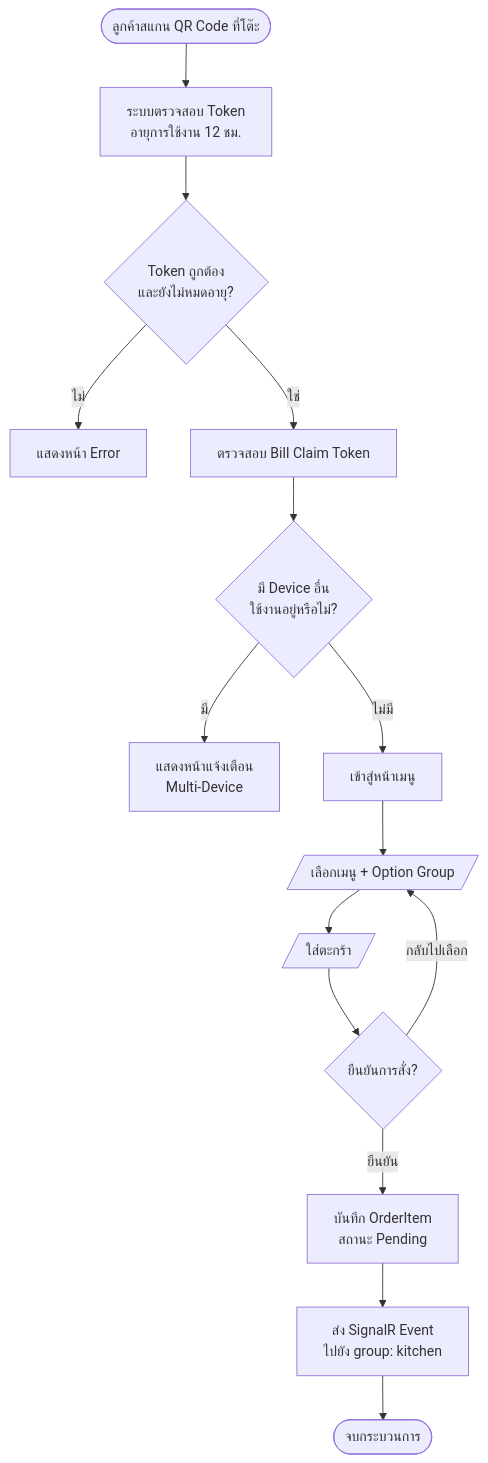
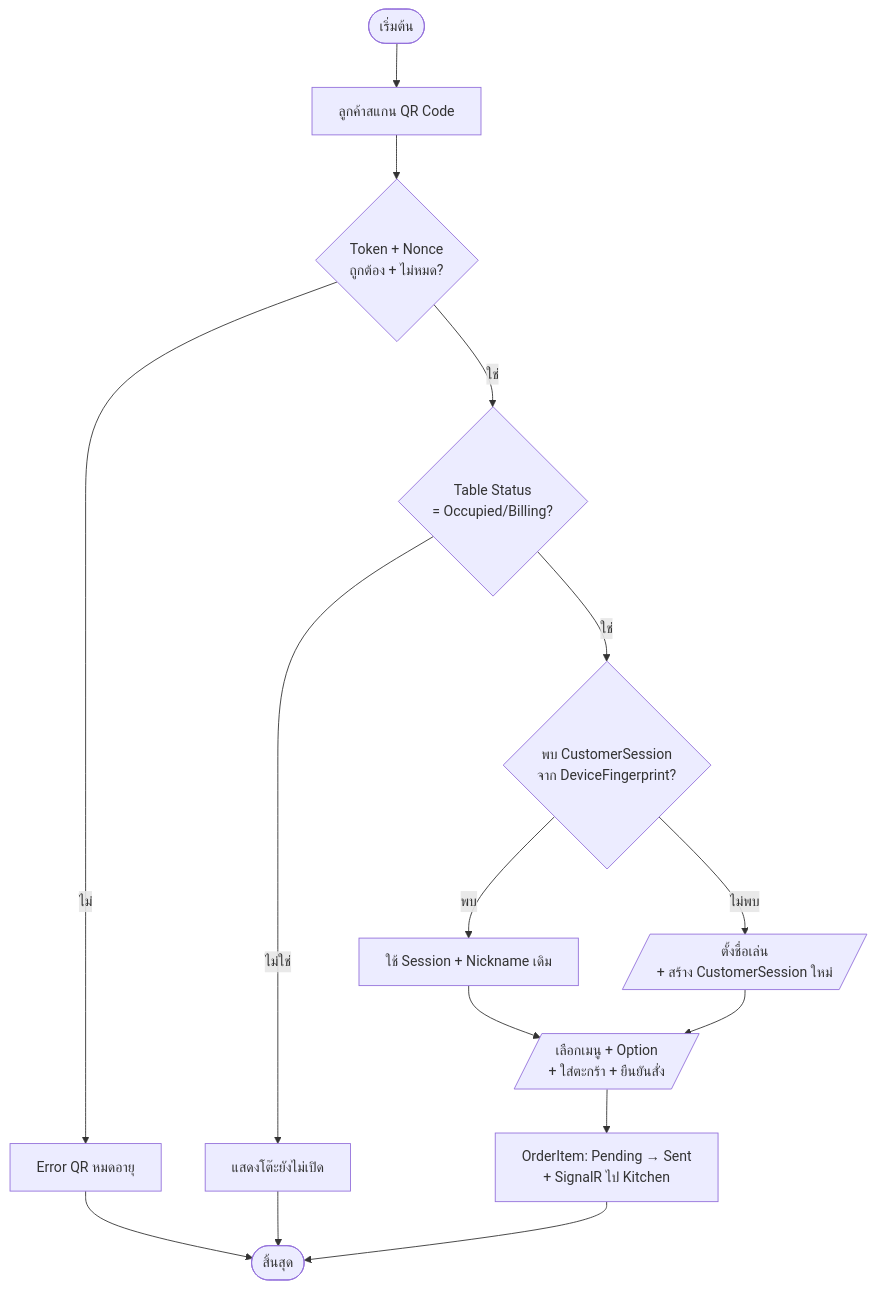
Before and after one commit to TurkPhakim/RBMS-POS-Website: diagram 20 of 28 in doc/report/05-chapter-3-design.md, drawn with Mermaid. The commit also changed other lines of this file and 7 other files, not shown here.

````diff
--- a/doc/report/05-chapter-3-design.md
+++ b/doc/report/05-chapter-3-design.md
@@ -793,17 +732,17 @@
 ```mermaid
 flowchart TD
-    A([ลูกค้าสแกน QR Code ที่โต๊ะ]) --> B[ระบบตรวจสอบ Token<br/>อายุการใช้งาน 12 ชม.]
-    B --> C{Token ถูกต้อง<br/>และยังไม่หมดอายุ?}
-    C -- ไม่ --> D[แสดงหน้า Error]
-    C -- ใช่ --> E[ตรวจสอบ Bill Claim Token]
-    E --> F{มี Device อื่น<br/>ใช้งานอยู่หรือไม่?}
-    F -- มี --> G[แสดงหน้าแจ้งเตือน<br/>Multi-Device]
-    F -- ไม่มี --> H[เข้าสู่หน้าเมนู]
-    H --> I[/เลือกเมนู + Option Group/]
-    I --> J[/ใส่ตะกร้า/]
-    J --> K{ยืนยันการสั่ง?}
-    K -- กลับไปเลือก --> I
-    K -- ยืนยัน --> L[บันทึก OrderItem<br/>สถานะ Pending]
-    L --> M[ส่ง SignalR Event<br/>ไปยัง group: kitchen]
-    M --> N([จบกระบวนการ])
+    Start([เริ่มต้น]) --> A[ลูกค้าสแกน QR Code]
+    A --> B{Token + Nonce<br/>ถูกต้อง + ไม่หมด?}
+    B -- ไม่ --> C[Error QR หมดอายุ]
+    B -- ใช่ --> D{Table Status<br/>= Occupied/Billing?}
+    D -- ไม่ใช่ --> E[แสดงโต๊ะยังไม่เปิด]
+    D -- ใช่ --> F{พบ CustomerSession<br/>จาก DeviceFingerprint?}
+    F -- พบ --> G[ใช้ Session + Nickname เดิม]
+    F -- ไม่พบ --> H[/ตั้งชื่อเล่น<br/>+ สร้าง CustomerSession ใหม่/]
+    G --> I[/เลือกเมนู + Option<br/>+ ใส่ตะกร้า + ยืนยันสั่ง/]
+    H --> I
+    I --> J[OrderItem: Pending → Sent<br/>+ SignalR ไป Kitchen]
+    J --> End([สิ้นสุด])
+    C --> End
+    E --> End
 ```
````
